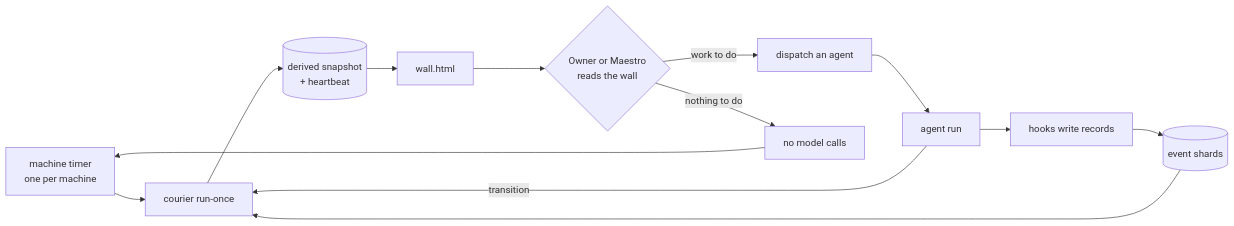
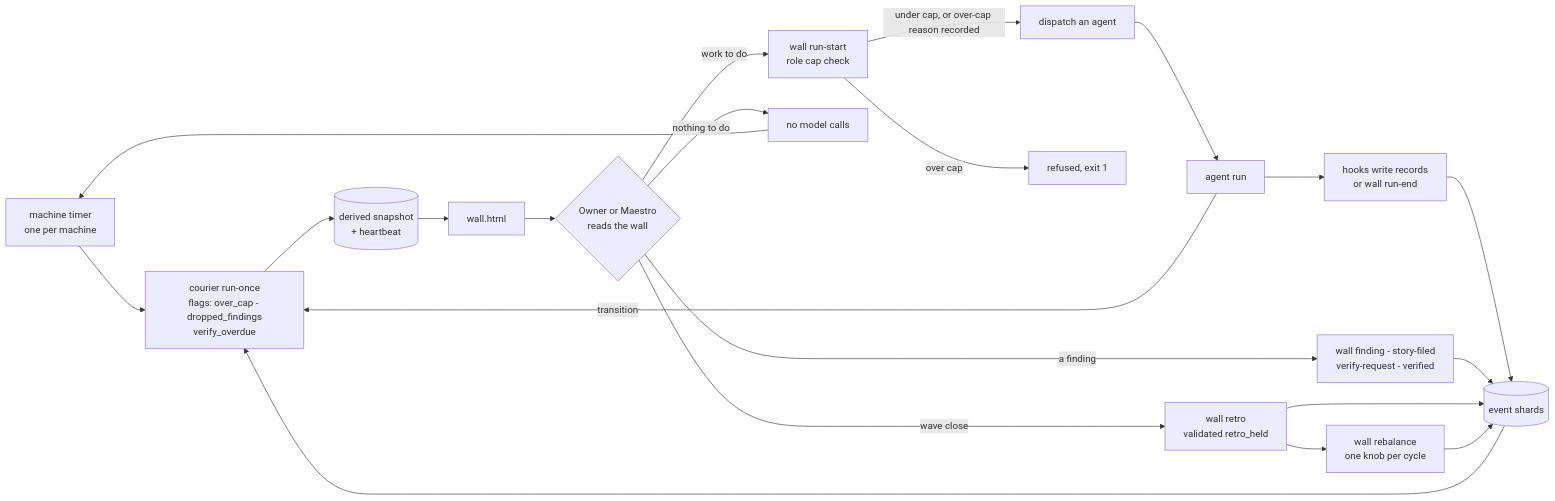
The third of 3 diagrams in docs/diagrams/ARCHITECTURE.md (newellnarco/EngTeam-Wallkit-BluePrint), drawn with Mermaid before and after one commit. The commit also changed other lines of this file and 98 other files, not shown here.

````diff
--- a/docs/diagrams/ARCHITECTURE.md
+++ b/docs/diagrams/ARCHITECTURE.md
@@ -159,15 +172,23 @@
 ```mermaid
 flowchart LR
-    Timer[machine timer<br/>one per machine] --> Courier[courier run-once]
+    Timer[machine timer<br/>one per machine] --> Courier[courier run-once<br/>flags: over_cap - dropped_findings<br/>verify_overdue]
     Courier --> Derived[(derived snapshot<br/>+ heartbeat)]
     Derived --> Wall[wall.html]
     Wall --> Read{Owner or Maestro<br/>reads the wall}
-    Read -->|work to do| Dispatch[dispatch an agent]
+    Read -->|work to do| Start[wall run-start<br/>role cap check]
+    Start -->|"under cap, or over-cap reason recorded"| Dispatch[dispatch an agent]
+    Start -->|over cap| Refused[refused, exit 1]
     Read -->|nothing to do| Idle[no model calls]
     Dispatch --> Run[agent run]
-    Run --> Hooks[hooks write records]
+    Run --> Hooks[hooks write records<br/>or wall run-end]
     Hooks --> Shards[(event shards)]
+    Read -->|a finding| Finding[wall finding - story-filed<br/>verify-request - verified]
+    Read -->|wave close| Retro[wall retro<br/>validated retro_held]
+    Retro --> Rebalance[wall rebalance<br/>one knob per cycle]
+    Finding --> Shards
+    Retro --> Shards
+    Rebalance --> Shards
     Shards --> Courier
     Run -->|transition| Courier
     Idle --> Timer
 ```
````
